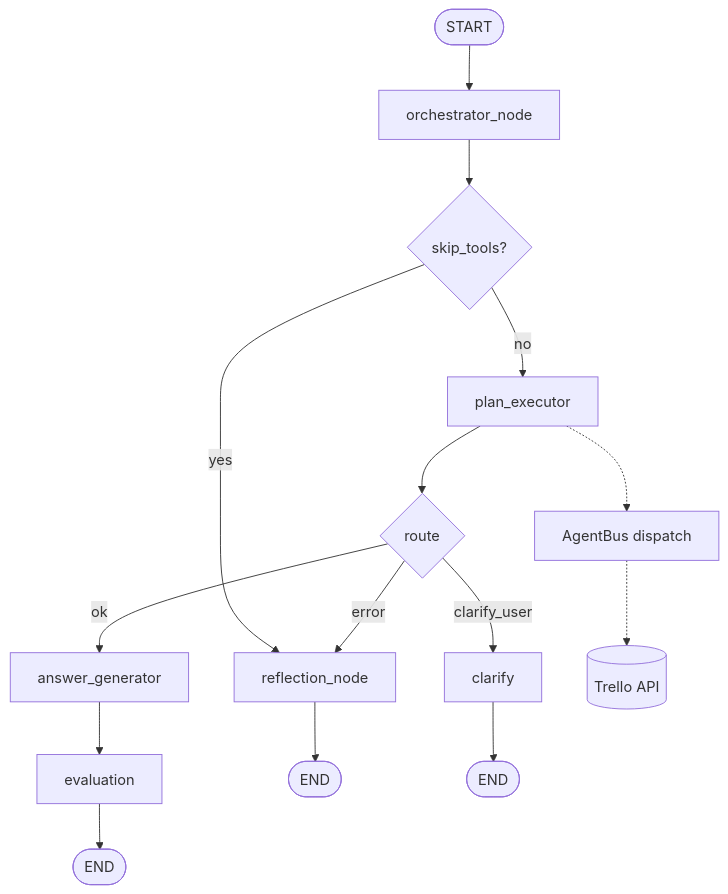
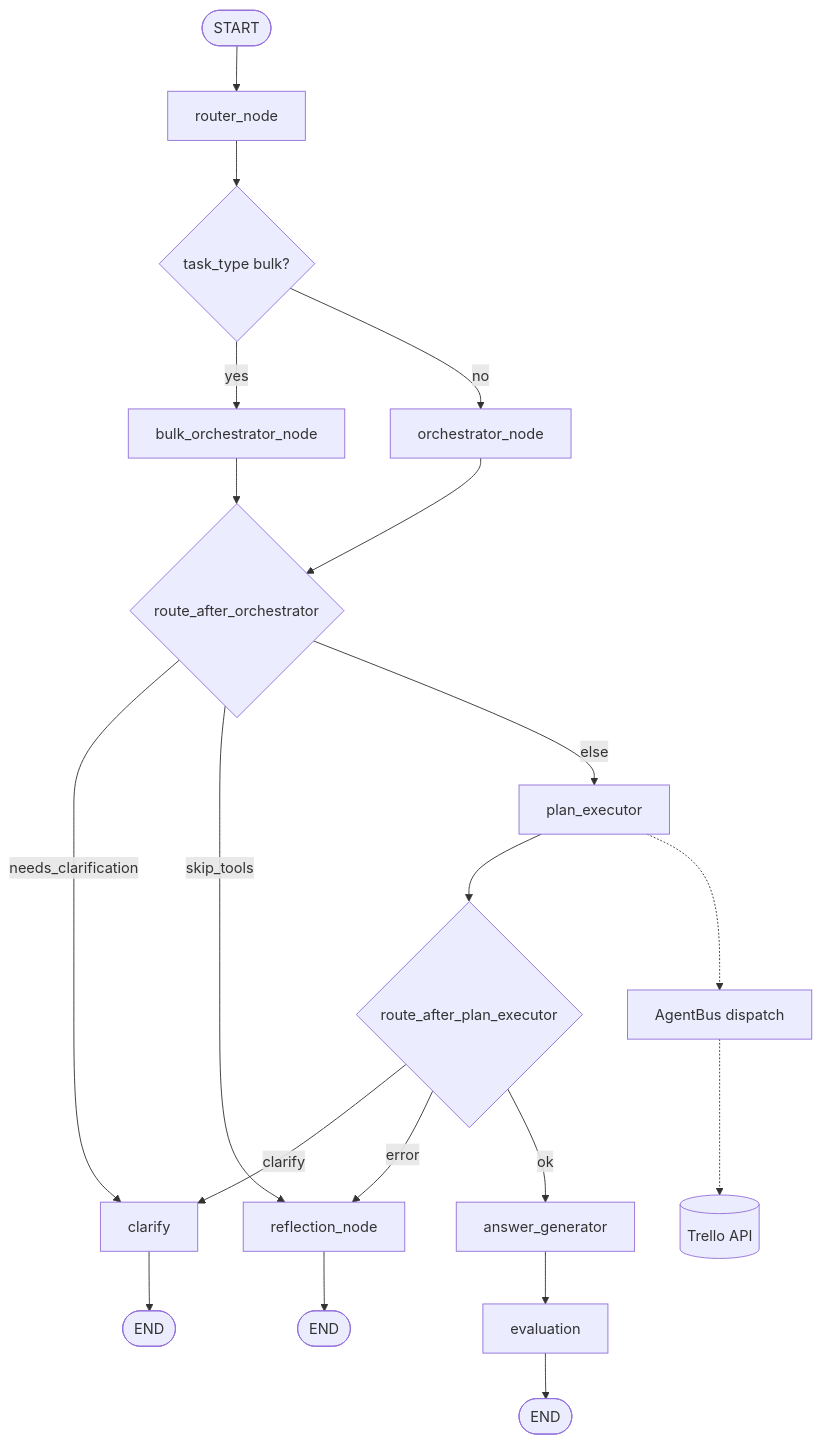
One commit to raffelprama/trello-agent changed the second of 2 diagrams in docs/01_architecture_and_topology.md. Above: the diagram before and after it, drawn with Mermaid. The commit also changed other lines of this file and 7 other files, not shown here.

````diff
--- a/docs/01_architecture_and_topology.md
+++ b/docs/01_architecture_and_topology.md
@@ -40,17 +42,22 @@
 ```mermaid
 flowchart TD
-    Start([START]) --> Orch[orchestrator_node]
-    Orch --> RouteO{skip_tools?}
-    RouteO -->|yes| Reflection[reflection_node]
-    RouteO -->|no| PE[plan_executor]
-    PE --> RoutePE{route}
-    RoutePE -->|clarify_user| Clarify[clarify]
+    Start([START]) --> Router[router_node]
+    Router --> Fork{task_type bulk?}
+    Fork -->|yes| BulkOrch[bulk_orchestrator_node]
+    Fork -->|no| Orch[orchestrator_node]
+    BulkOrch --> RouteO{route_after_orchestrator}
+    Orch --> RouteO
+    RouteO -->|needs_clarification| Clarify[clarify]
+    RouteO -->|skip_tools| Reflection[reflection_node]
+    RouteO -->|else| PE[plan_executor]
+    PE --> RoutePE{route_after_plan_executor}
+    RoutePE -->|clarify| Clarify
     RoutePE -->|error| Reflection
     RoutePE -->|ok| AnswerGen[answer_generator]
     AnswerGen --> Evaluation[evaluation]
     Evaluation --> EndSuccess([END])
     Reflection --> EndReflect([END])
     Clarify --> EndClarify([END])
     PE -.-> Bus[AgentBus dispatch]
     Bus -.-> Trello[(Trello API)]
 ```
````
